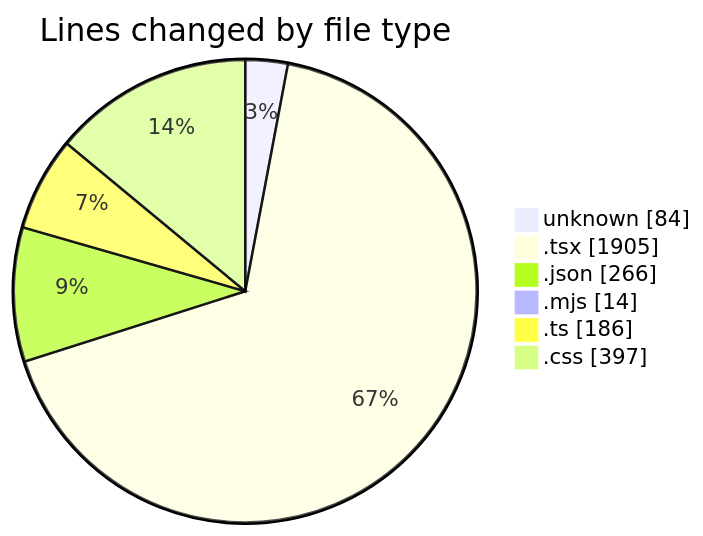
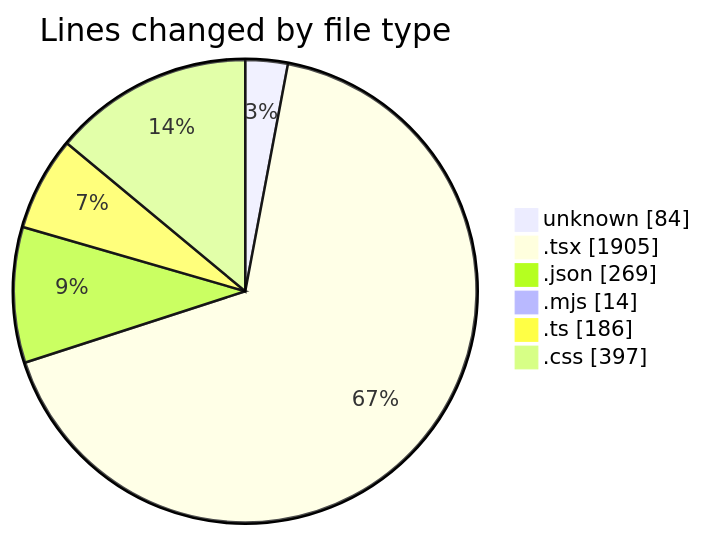
The first of 2 diagrams in 2025-05-15/niten/README.md (Elitesun/code-tracking), drawn with Mermaid before and after one commit. The commit also changed other lines of this file and 1 other file, not shown here.

````diff
--- a/2025-05-15/niten/README.md
+++ b/2025-05-15/niten/README.md
@@ -39,10 +40,10 @@
 ```mermaid
 pie showData
 title Lines changed by file type
 "unknown" : 84
 ".tsx" : 1905
-".json" : 266
+".json" : 269
 ".mjs" : 14
 ".ts" : 186
 ".css" : 397
 ```
````
